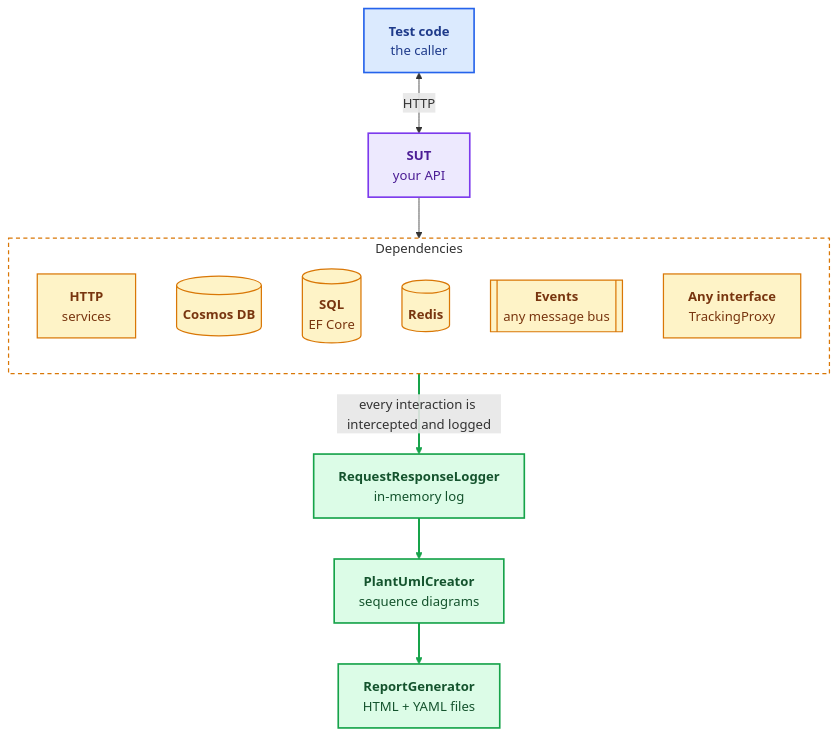
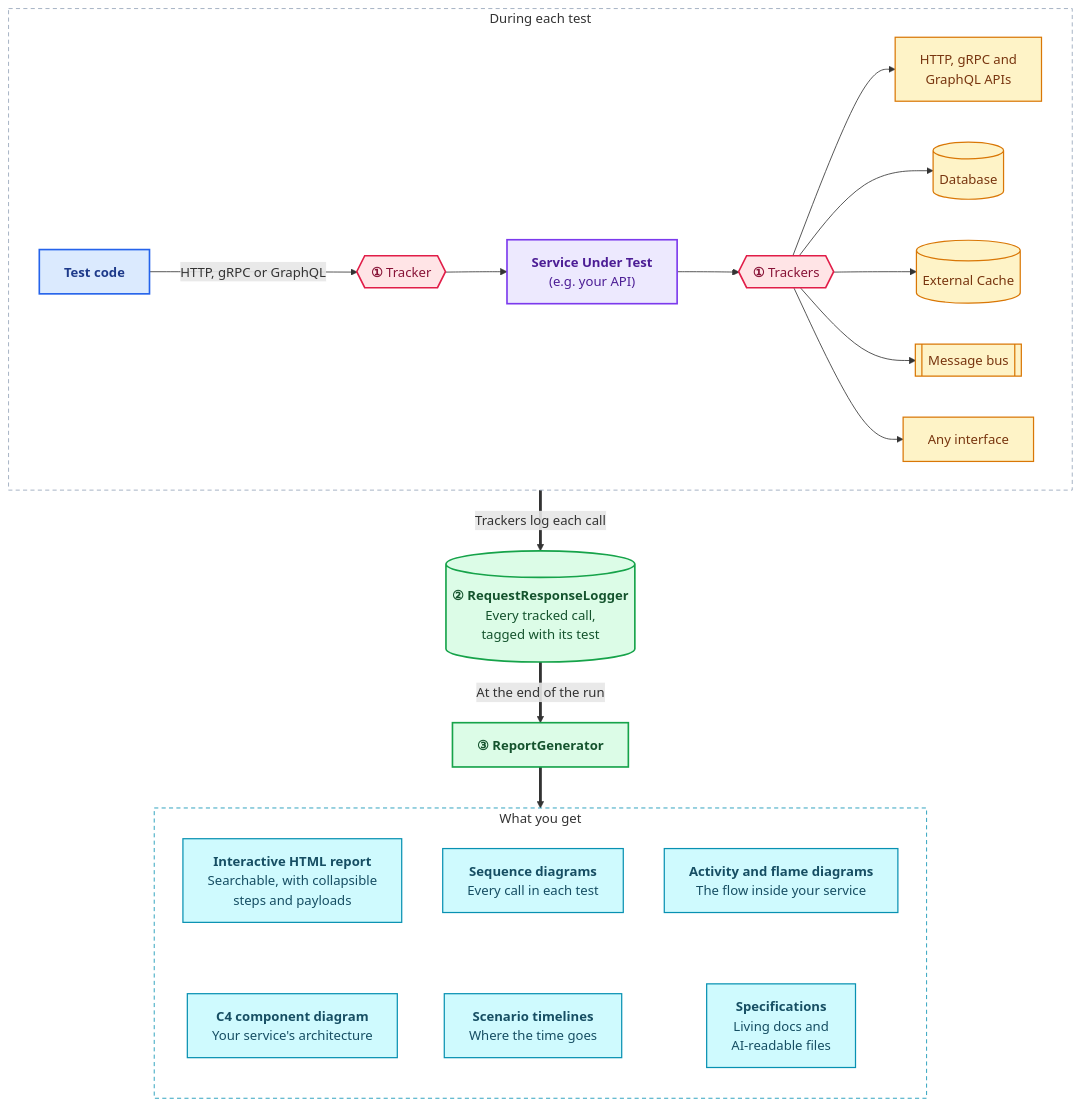
The diagram in README.md (lemonlion/Kronikol), drawn with Mermaid before and after one commit. The commit also changed other lines of this file, not shown here.

Commit message:
Docs (no bump): README's How It Works diagram is redrawn to show where tracking happens and what a run produces. Trackers sit on the calls themselves: on the test's HTTP, gRPC or GraphQL call into the Service Under Test, and on its calls out to HTTP, gRPC and GraphQL APIs, a database, an external cache, a message bus and any interface. They log each call into RequestResponseLogger, and at the end of the run ReportGenerator writes the interactive HTML report with its sequence, activity, flame and C4 component diagrams and scenario timelines, beside the specifications. PlantUmlCreator, an internal step, is no longer drawn, so the text's steps 3 and 4 become one Report step that names the same outputs, and the steps are numbered to match the diagram. The tracker table gains a gRPC row (GrpcTrackingInterceptor) and says the HTTP handler names GraphQL queries and mutations

````diff
--- a/README.md
+++ b/README.md
@@ -47,38 +47,54 @@
 ```mermaid
+%%{init: {"flowchart": {"wrappingWidth": 320}}}%%
 flowchart TB
-    test["<b>Test code</b><br/>the caller"]
-    sut["<b>SUT</b><br/>your API"]
-
-    subgraph deps["Dependencies"]
-        direction TB
-        http["<b>HTTP</b><br/>services"]
-        cosmos[("<b>Cosmos DB</b>")]
-        sql[("<b>SQL</b><br/>EF Core")]
-        redis[("<b>Redis</b>")]
-        broker[["<b>Events</b><br/>any message bus"]]
-        proxy["<b>Any interface</b><br/>TrackingProxy"]
+    subgraph during["During each test"]
+        direction LR
+        test["<b>Test code</b>"]
+        t1{{"<b>①</b> Tracker"}}
+        sut["<b>Service Under Test</b><br/>(e.g. your API)"]
+        t2{{"<b>①</b> Trackers"}}
+        http["HTTP, gRPC and<br/>GraphQL APIs"]
+        db[("Database")]
+        cache[("External Cache")]
+        bus[["Message bus"]]
+        any["Any interface"]
+        test -->|HTTP, gRPC or GraphQL| t1 --> sut --> t2
+        t2 --> http & db & cache & bus & any
     end
 
-    logger["<b>RequestResponseLogger</b><br/>in-memory log"]
-    creator["<b>PlantUmlCreator</b><br/>sequence diagrams"]
-    report["<b>ReportGenerator</b><br/>HTML + YAML files"]
+    logger[("<b>② RequestResponseLogger</b><br/>Every tracked call,<br/>tagged with its test")]
+    report["<b>③ ReportGenerator</b>"]
 
-    test <-->|HTTP| sut
-    sut --> deps
-    deps ==>|every interaction is intercepted and logged| logger
-    logger ==> creator ==> report
+    subgraph outputs["What you get"]
+        direction TB
+        html["<b>Interactive HTML report</b><br/>Searchable, with collapsible<br/>steps and payloads"]
+        seq["<b>Sequence diagrams</b><br/>Every call in each test"]
+        act["<b>Activity and flame diagrams</b><br/>The flow inside your service"]
+        c4["<b>C4 component diagram</b><br/>Your service's architecture"]
+        timeline["<b>Scenario timelines</b><br/>Where the time goes"]
+        specs["<b>Specifications</b><br/>Living docs and<br/>AI-readable files"]
+        html ~~~ c4
+        seq ~~~ timeline
+        act ~~~ specs
+    end
+
+    during ==>|Trackers log each call| logger
+    logger ==>|At the end of the run| report
+    report ==> outputs
+
+    class test caller
+    class sut system
+    class http,db,cache,bus,any dep
+    class t1,t2 tracker
+    class logger,report stage
+    class html,seq,act,c4,timeline,specs out
+    style during fill:transparent,stroke:#94a3b8,stroke-dasharray:5 4
+    style outputs fill:transparent,stroke:#0891b2,stroke-dasharray:5 4
 
     classDef caller fill:#dbeafe,stroke:#2563eb,stroke-width:2px,color:#1e3a8a
     classDef system fill:#ede9fe,stroke:#7c3aed,stroke-width:2px,color:#4c1d95
     classDef dep fill:#fef3c7,stroke:#d97706,stroke-width:1.5px,color:#78350f
+    classDef tracker fill:#ffe4e6,stroke:#e11d48,stroke-width:2px,color:#881337
     classDef stage fill:#dcfce7,stroke:#16a34a,stroke-width:2px,color:#14532d
-
-    class test caller
-    class sut system
-    class http,cosmos,sql,redis,broker,proxy dep
-    class logger,creator,report stage
-
-    style deps fill:transparent,stroke:#d97706,stroke-width:1.5px,stroke-dasharray:5 4
-
-    linkStyle 2,3,4 stroke:#16a34a,stroke-width:2.5px
+    classDef out fill:#cffafe,stroke:#0891b2,stroke-width:1.5px,color:#164e63
 ```
````
